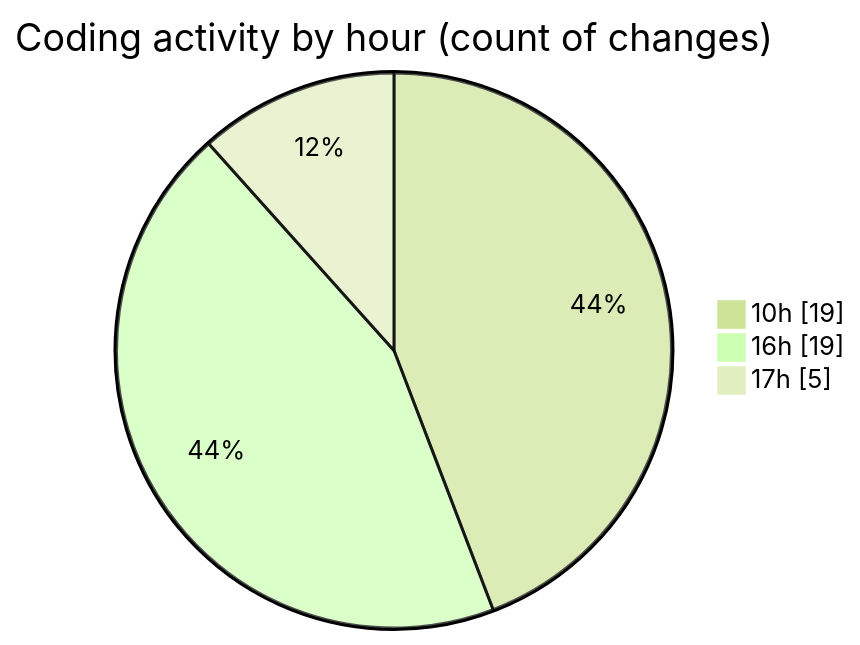
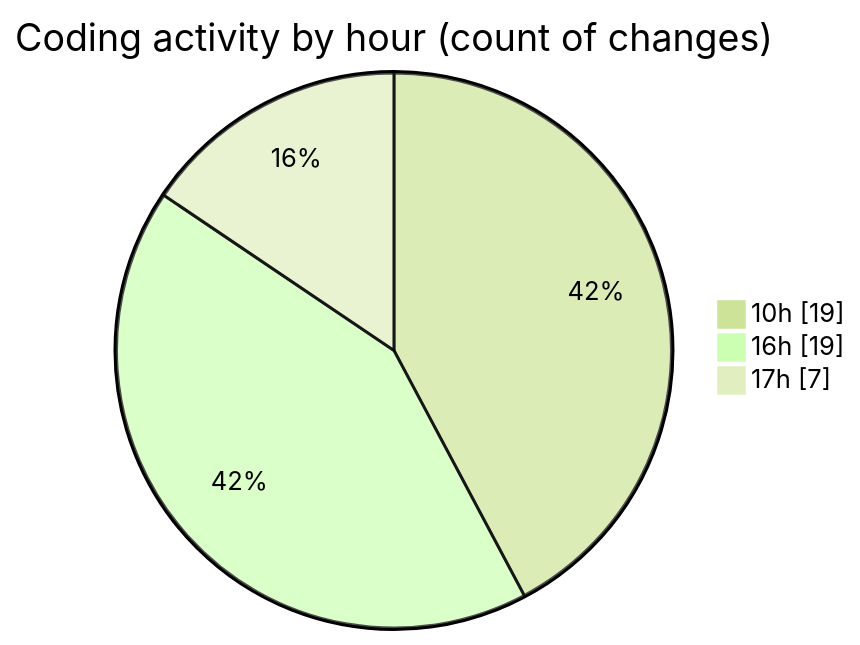
One commit to robertbonfada/code-tracking changed the second of 2 diagrams in 2025-01-20/mbc-web/README.md. Above: the diagram before and after it, drawn with Mermaid (forest theme). The commit also changed other lines of this file and 1 other file, not shown here.

````diff
--- a/2025-01-20/mbc-web/README.md
+++ b/2025-01-20/mbc-web/README.md
@@ -43,7 +43,7 @@
 ```mermaid
 pie showData
 title Coding activity by hour (count of changes)
 "10h" : 19
 "16h" : 19
-"17h" : 5
+"17h" : 7
 ```
````
